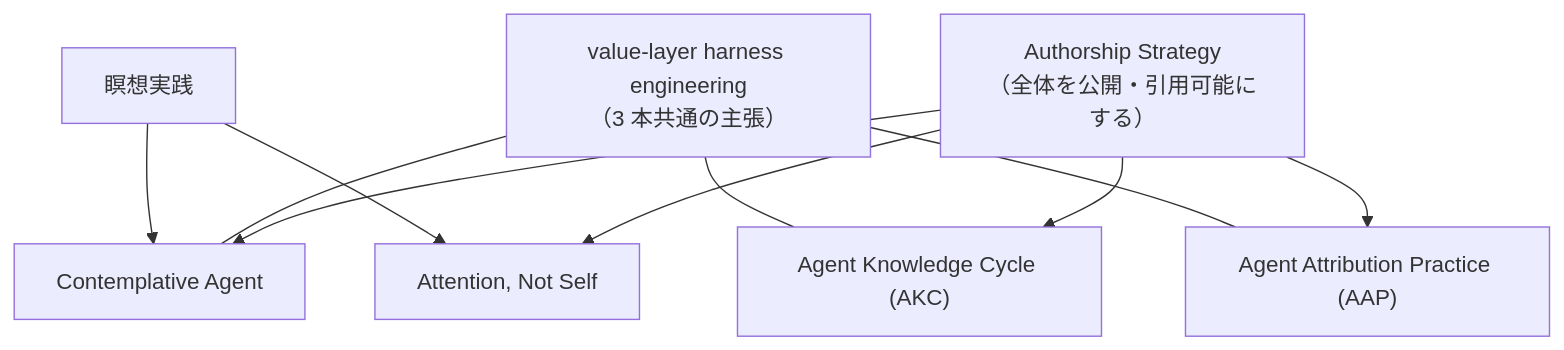
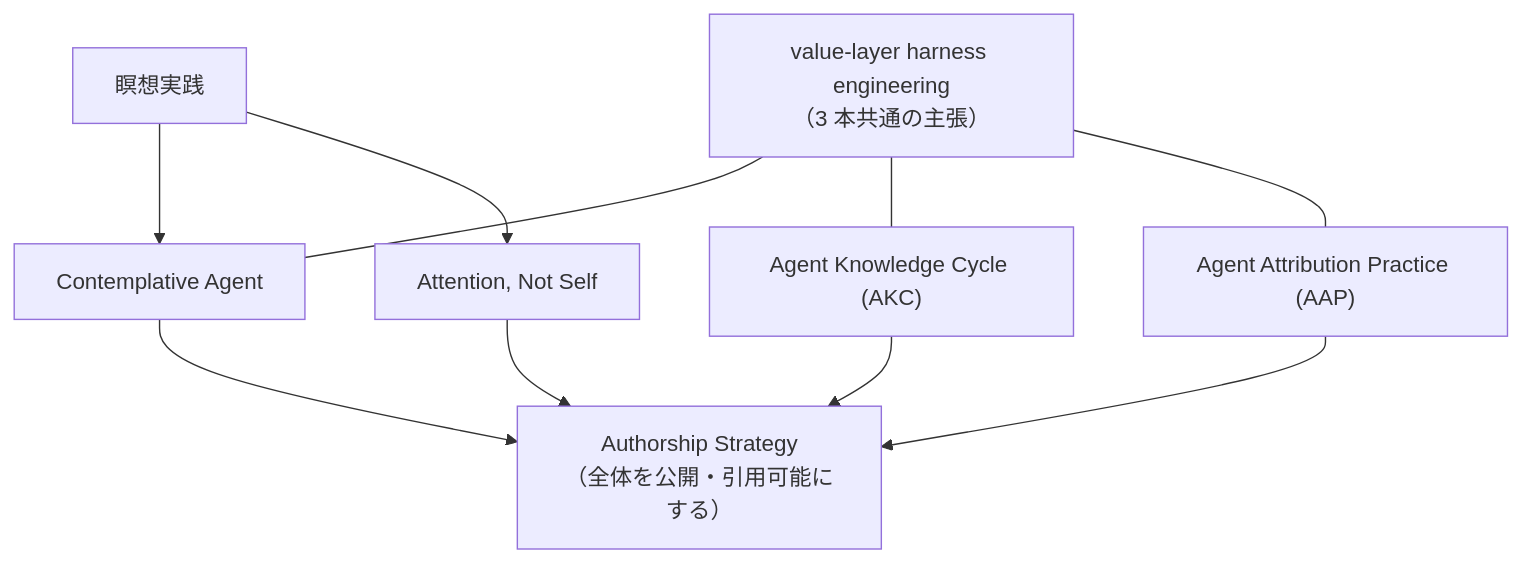
Before and after one commit to shimo4228/shimo4228: the diagram in README.ja.md, drawn with Mermaid. The commit also changed 1 other file, not shown here.

Commit message:
docs(readme): untangle Through-line diagram by flowing lines into Authorship Strategy

````diff
--- a/README.ja.md
+++ b/README.ja.md
@@ -27,9 +27,9 @@
 ```mermaid
 graph TD
     M["瞑想実践"] --> CA["Contemplative Agent"]
     M --> ANS["Attention, Not Self"]
     V["value-layer harness engineering<br>（3 本共通の主張）"] --- CA
     V --- AKC["Agent Knowledge Cycle (AKC)"]
     V --- AAP["Agent Attribution Practice (AAP)"]
-    AS["Authorship Strategy<br>（全体を公開・引用可能にする）"] --> CA & AKC & AAP & ANS
+    CA & AKC & AAP & ANS --> AS["Authorship Strategy<br>（全体を公開・引用可能にする）"]
 ```
````
